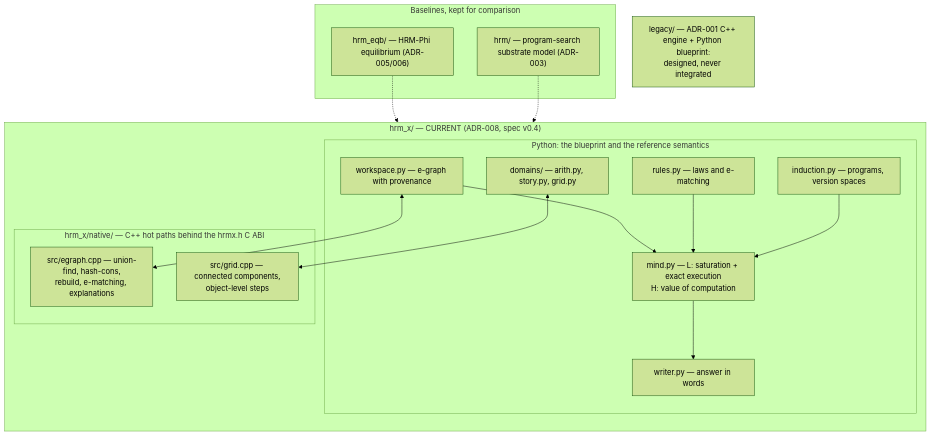
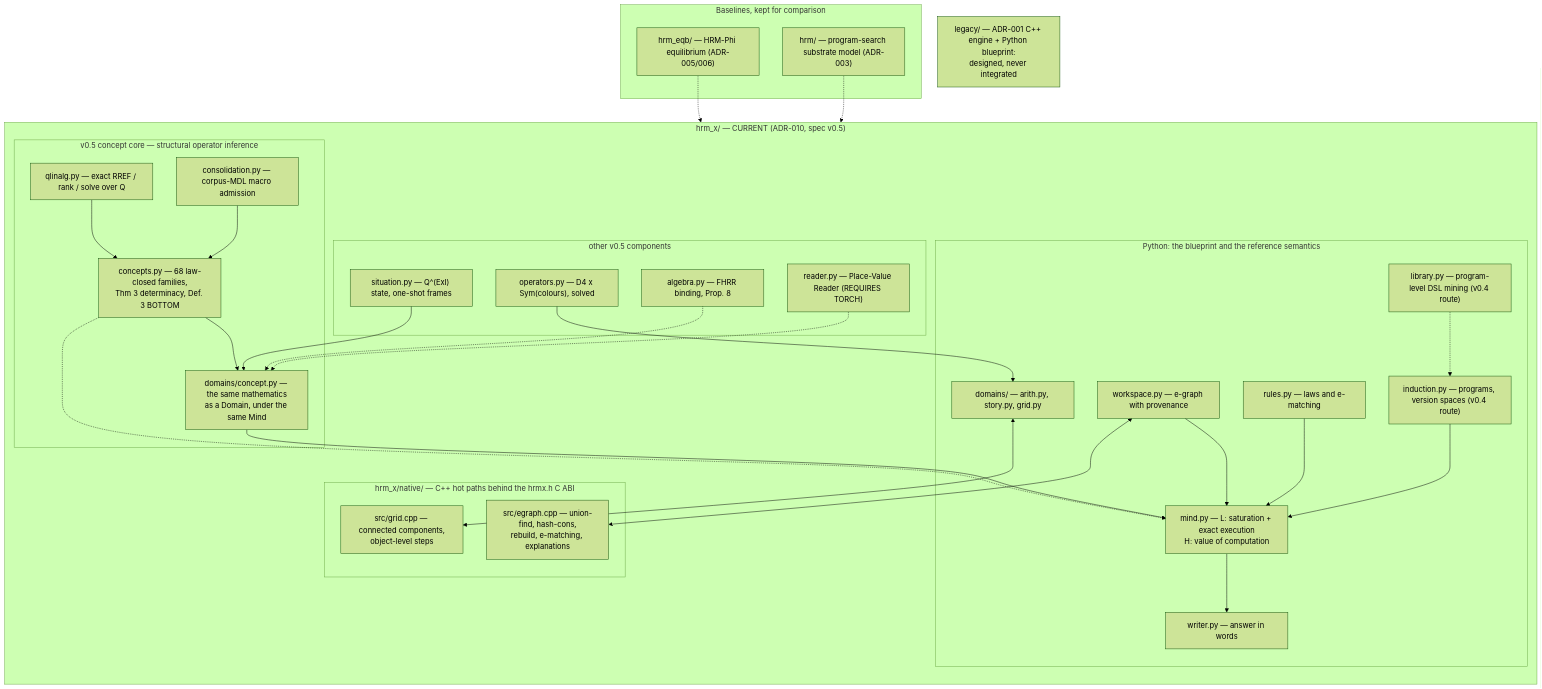
One commit to QuangNguyenPT/Demo-Equilibrium changed the diagram in vault/00 - Meta & Indexes/Dashboard.md. Above: the diagram before and after it, drawn with Mermaid (forest theme). The commit also changed other lines of this file and 36 other files, not shown here.

````diff
--- a/vault/00 - Meta & Indexes/Dashboard.md
+++ b/vault/00 - Meta & Indexes/Dashboard.md
@@ -37,34 +43,57 @@
 ```mermaid
 flowchart TD
-    subgraph HRMX["hrm_x/ — CURRENT (ADR-008, spec v0.4)"]
+    subgraph HRMX["hrm_x/ — CURRENT (ADR-010, spec v0.5)"]
         direction TB
+        subgraph V5["v0.5 concept core — structural operator inference"]
+            QL["qlinalg.py — exact RREF / rank / solve over Q"]
+            CO["concepts.py — 68 law-closed families,<br/>Thm 3 determinacy, Def. 3 BOTTOM"]
+            CN["consolidation.py — corpus-MDL macro admission"]
+            CD["domains/concept.py — the same mathematics<br/>as a Domain, under the same Mind"]
+        end
         subgraph PY["Python: the blueprint and the reference semantics"]
             WS["workspace.py — e-graph with provenance"]
             RU["rules.py — laws and e-matching"]
-            IN["induction.py — programs, version spaces"]
+            IN["induction.py — programs, version spaces (v0.4 route)"]
+            LB["library.py — program-level DSL mining (v0.4 route)"]
             MI["mind.py — L: saturation + exact execution<br/>H: value of computation"]
             WR["writer.py — answer in words"]
             DOM["domains/ — arith.py, story.py, grid.py"]
+        end
+        subgraph OTH["other v0.5 components"]
+            ST["situation.py — Q^(ExI) state, one-shot frames"]
+            AL["algebra.py — FHRR binding, Prop. 8"]
+            OP["operators.py — D4 x Sym(colours), solved"]
+            RD["reader.py — Place-Value Reader (REQUIRES TORCH)"]
         end
         subgraph NAT["hrm_x/native/ — C++ hot paths behind the hrmx.h C ABI"]
             EG["src/egraph.cpp — union-find, hash-cons,<br/>rebuild, e-matching, explanations"]
             GR["src/grid.cpp — connected components,<br/>object-level steps"]
         end
-        WS <--> EG
-        DOM <--> GR
+        QL --> CO
+        CO --> CD
+        CN --> CO
+        ST --> CD
+        OP --> DOM
+        AL -.-> CD
+        RD -.-> CD
+        CD --> MI
+        CO -.-> MI
         WS --> MI
         RU --> MI
         IN --> MI
+        LB -.-> IN
+        WS <--> EG
+        DOM <--> GR
         MI --> WR
     end
 
     subgraph BASE["Baselines, kept for comparison"]
         EQB["hrm_eqb/ — HRM-Phi equilibrium (ADR-005/006)"]
         HRM["hrm/ — program-search substrate model (ADR-003)"]
     end
 
     LEG["legacy/ — ADR-001 C++ engine + Python blueprint:<br/>designed, never integrated"]
 
     EQB -.-> HRMX
     HRM -.-> HRMX
 ```
````
